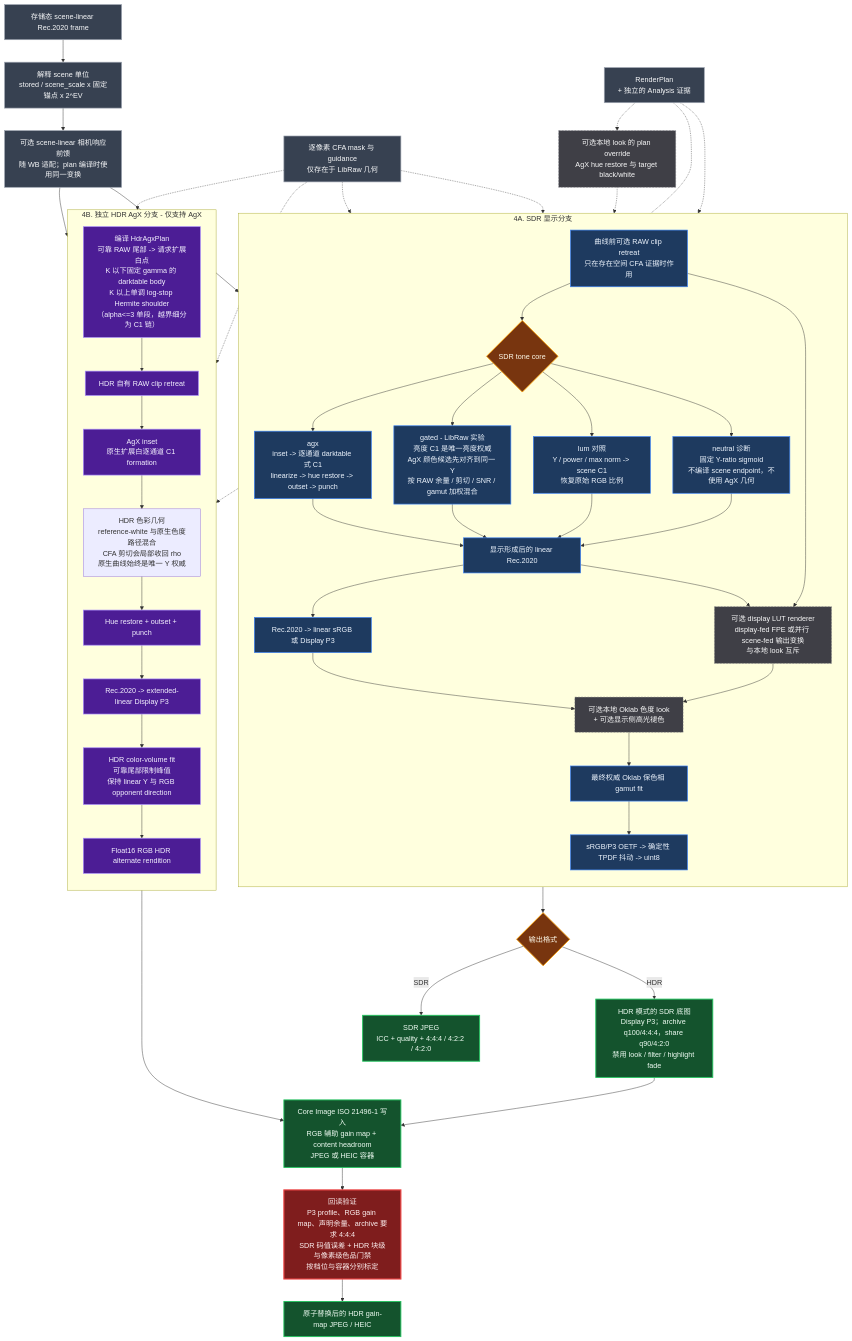
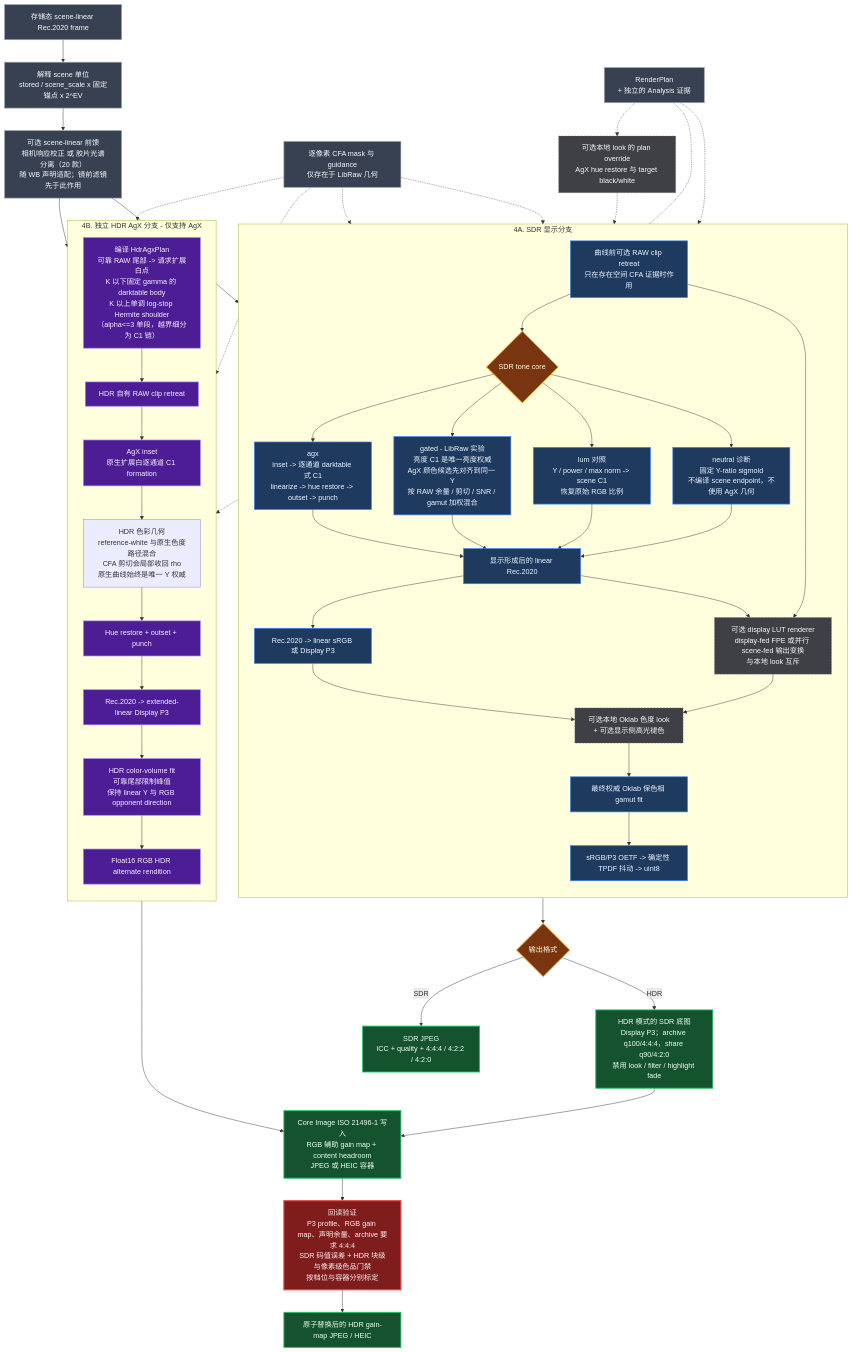
One commit to deadwood1998/dngscan changed the second of 2 diagrams in README.zh-CN.md. Above: the diagram before and after it, drawn with Mermaid. The commit also changed other lines of this file and 2 other files, not shown here.

```diff
--- a/README.zh-CN.md
+++ b/README.zh-CN.md
@@ -256,7 +257,7 @@
 flowchart TB
     SCENE["存储态 scene-linear Rec.2020 frame"]
     SCALE["解释 scene 单位<br/>stored / scene_scale x 固定锚点 x 2^EV"]
-    PREFEED["可选 scene-linear 相机响应前馈<br/>随 WB 适配；plan 编译时使用同一变换"]
+    PREFEED["可选 scene-linear 前馈<br/>相机响应校正 或 胶片光谱分离（20 款）<br/>随 WB 声明适配；镜前滤镜先于此作用"]
     PLAN["RenderPlan<br/>+ 独立的 Analysis 证据"]
     MASKS["逐像素 CFA mask 与 guidance<br/>仅存在于 LibRaw 几何"]
     LOOKPOLICY["可选本地 look 的 plan override<br/>AgX hue restore 与 target black/white"]
```
